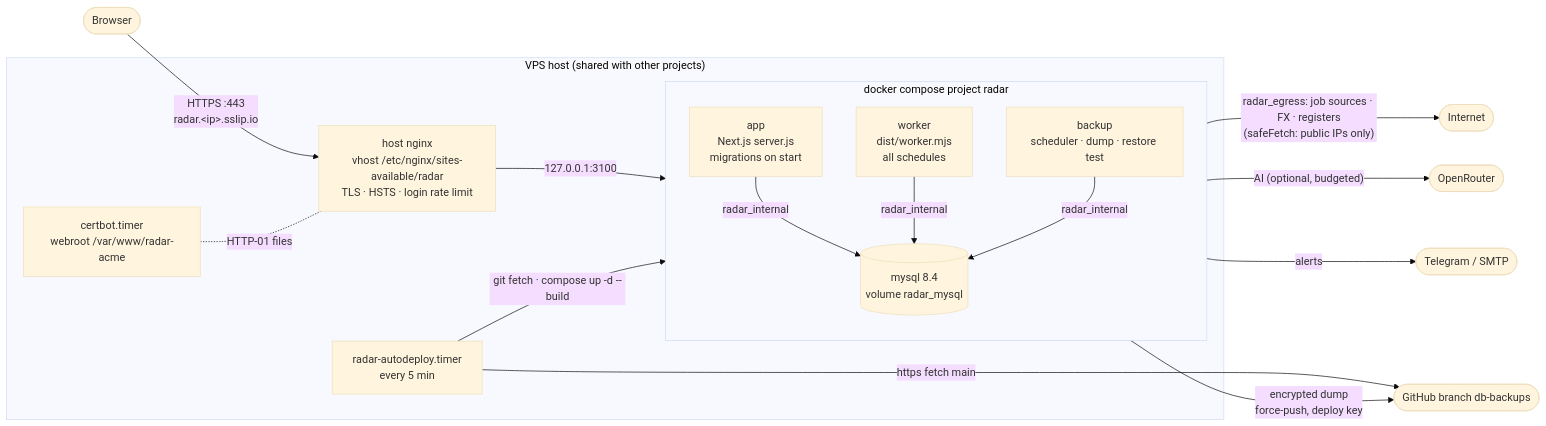
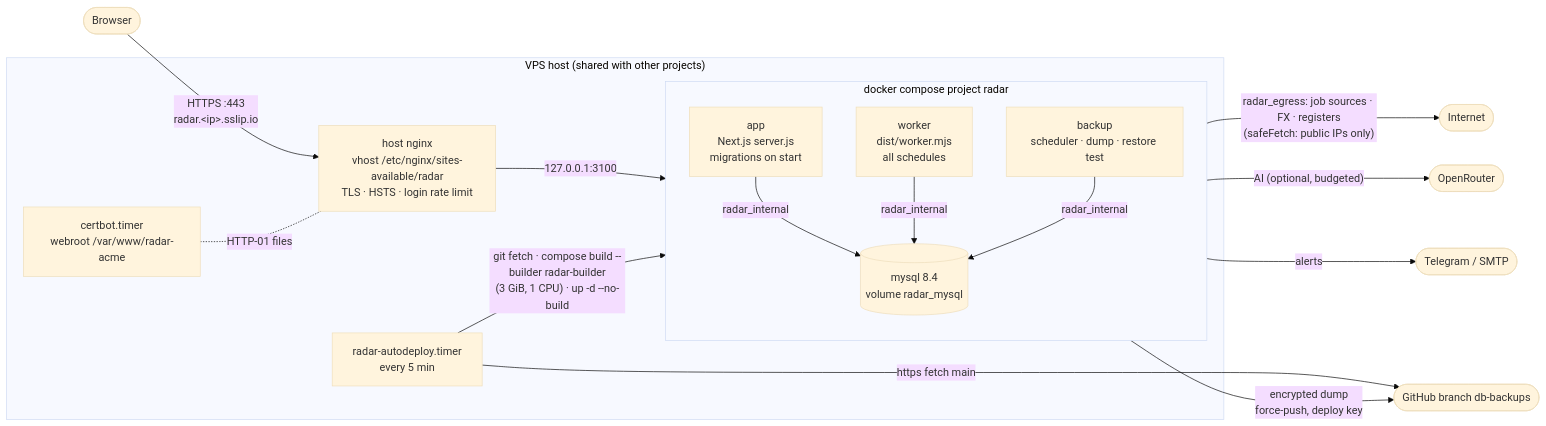
Before and after one commit to Abhi-Ray/Radar: the first of 6 diagrams in docs/ARCHITECTURE.md, drawn with Mermaid (base theme). The commit also changed other lines of this file and 51 other files, not shown here.

````diff
--- a/docs/ARCHITECTURE.md
+++ b/docs/ARCHITECTURE.md
@@ -15,30 +15,30 @@
 ```mermaid
 flowchart LR
     user([Browser]) -- "HTTPS :443<br/>radar.&lt;ip&gt;.sslip.io" --> nginx
 
     subgraph host["VPS host (shared with other projects)"]
         nginx["host nginx<br/>vhost /etc/nginx/sites-available/radar<br/>TLS · HSTS · login rate limit"]
         certbot["certbot.timer<br/>webroot /var/www/radar-acme"]
         timer["radar-autodeploy.timer<br/>every 5 min"]
         subgraph compose["docker compose project radar"]
             direction TB
             app["app<br/>Next.js server.js<br/>migrations on start"]
             worker["worker<br/>dist/worker.mjs<br/>all schedules"]
             backup["backup<br/>scheduler · dump · restore test"]
             mysql[("mysql 8.4<br/>volume radar_mysql")]
         end
     end
 
     nginx -- "127.0.0.1:3100" --> app
     certbot -. "HTTP-01 files" .- nginx
-    timer -- "git fetch · compose up -d --build" --> compose
+    timer -- "git fetch · compose build --builder radar-builder<br/>(3 GiB, 1 CPU) · up -d --no-build" --> compose
     app -- "radar_internal" --> mysql
     worker -- "radar_internal" --> mysql
     backup -- "radar_internal" --> mysql
 
     worker -- "radar_egress: job sources · FX · registers<br/>(safeFetch: public IPs only)" --> internet([Internet])
     worker -- "AI (optional, budgeted)" --> openrouter([OpenRouter])
     worker -- "alerts" --> telegram([Telegram / SMTP])
     backup -- "encrypted dump<br/>force-push, deploy key" --> github([GitHub branch db-backups])
     timer -- "https fetch main" --> github
 ```
````
